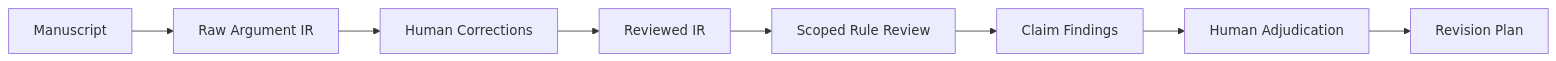
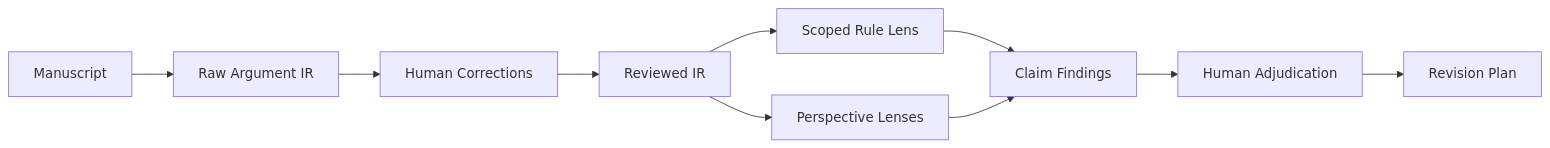
One commit to UYMIDGameStudio/critic-divergence-tester changed the first of 2 diagrams in README.md. Above: the diagram before and after it, drawn with Mermaid. The commit also changed other lines of this file and 10 other files, not shown here.

Commit message:
Implement Perspective Lens review workflow

````diff
--- a/README.md
+++ b/README.md
@@ -11,10 +11,12 @@
 ```mermaid
 flowchart LR
     A["Manuscript"] --> B["Raw Argument IR"]
     B --> C["Human Corrections"]
     C --> D["Reviewed IR"]
-    D --> E["Scoped Rule Review"]
+    D --> E["Scoped Rule Lens"]
+    D --> P["Perspective Lenses"]
     E --> F["Claim Findings"]
+    P --> F
     F --> G["Human Adjudication"]
     G --> H["Revision Plan"]
 ```
````
